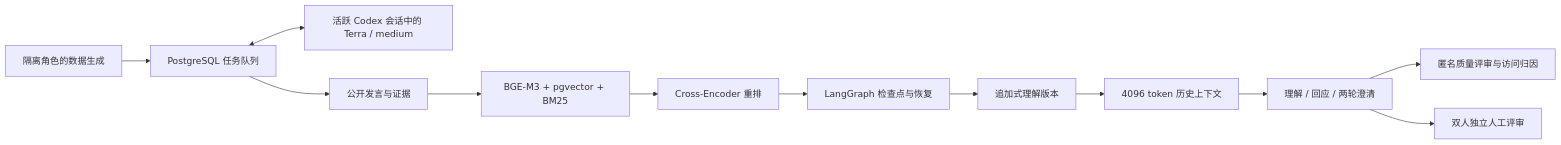
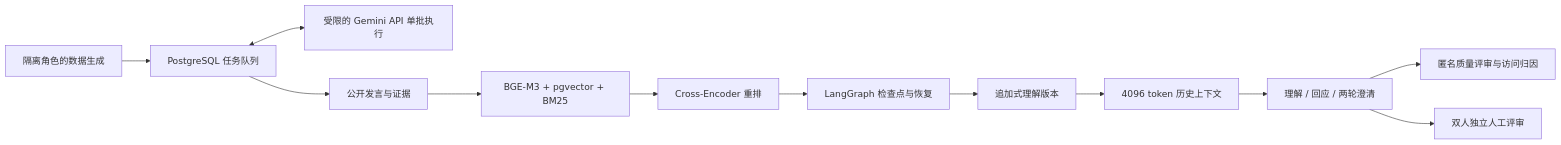
The diagram in README.md (ZAE02/TraceMind), drawn with Mermaid before and after one commit. The commit also changed other lines of this file and 13 other files, not shown here.

Commit message:
Add skill-enforced single-batch Gemini synthesis with durable API limits

````diff
--- a/README.md
+++ b/README.md
@@ -9,14 +11,14 @@
 ```mermaid
 flowchart LR
   D[隔离角色的数据生成] --> Q[PostgreSQL 任务队列]
-  Q <--> A[活跃 Codex 会话中的 Terra / medium]
+  Q <--> A[受限的 Gemini API 单批执行]
   Q --> E[公开发言与证据]
   E --> R[BGE-M3 + pgvector + BM25]
   R --> X[Cross-Encoder 重排]
   X --> G[LangGraph 检查点与恢复]
   G --> M[追加式理解版本]
   M --> C[4096 token 历史上下文]
   C --> T[理解 / 回应 / 两轮澄清]
   T --> J[匿名质量评审与访问归因]
   T --> H[双人独立人工评审]
 ```
````
